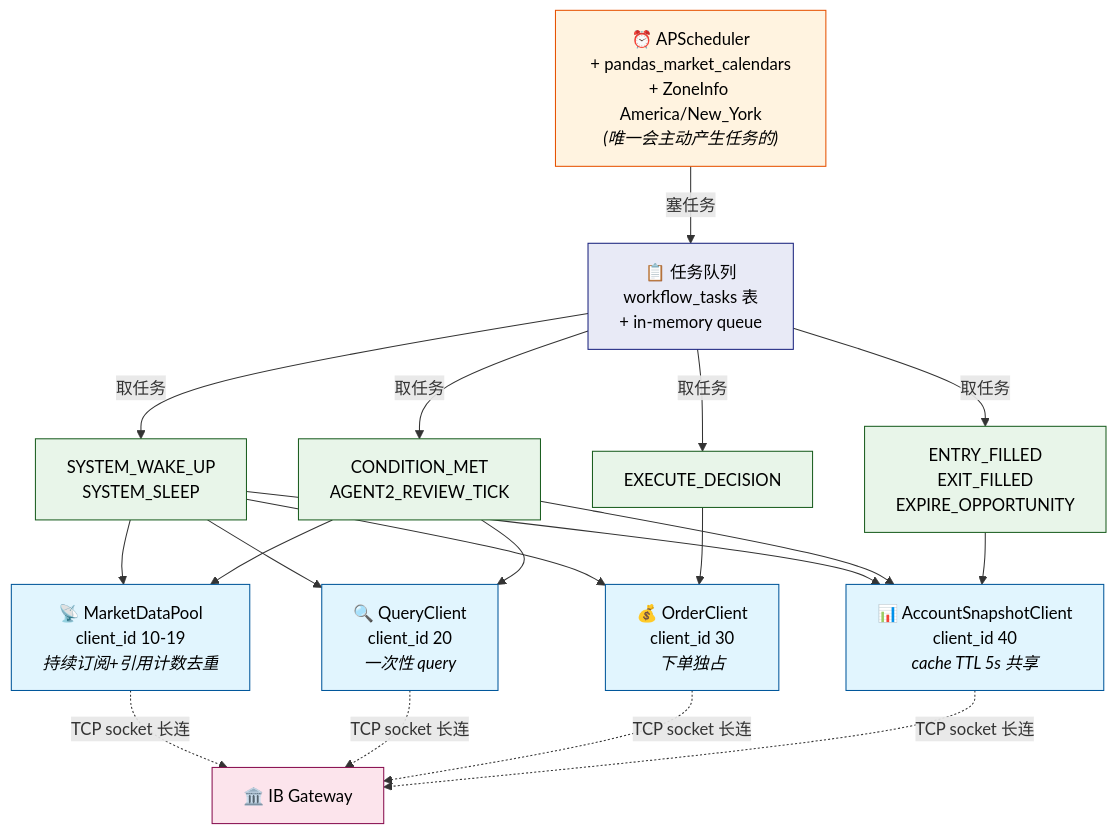
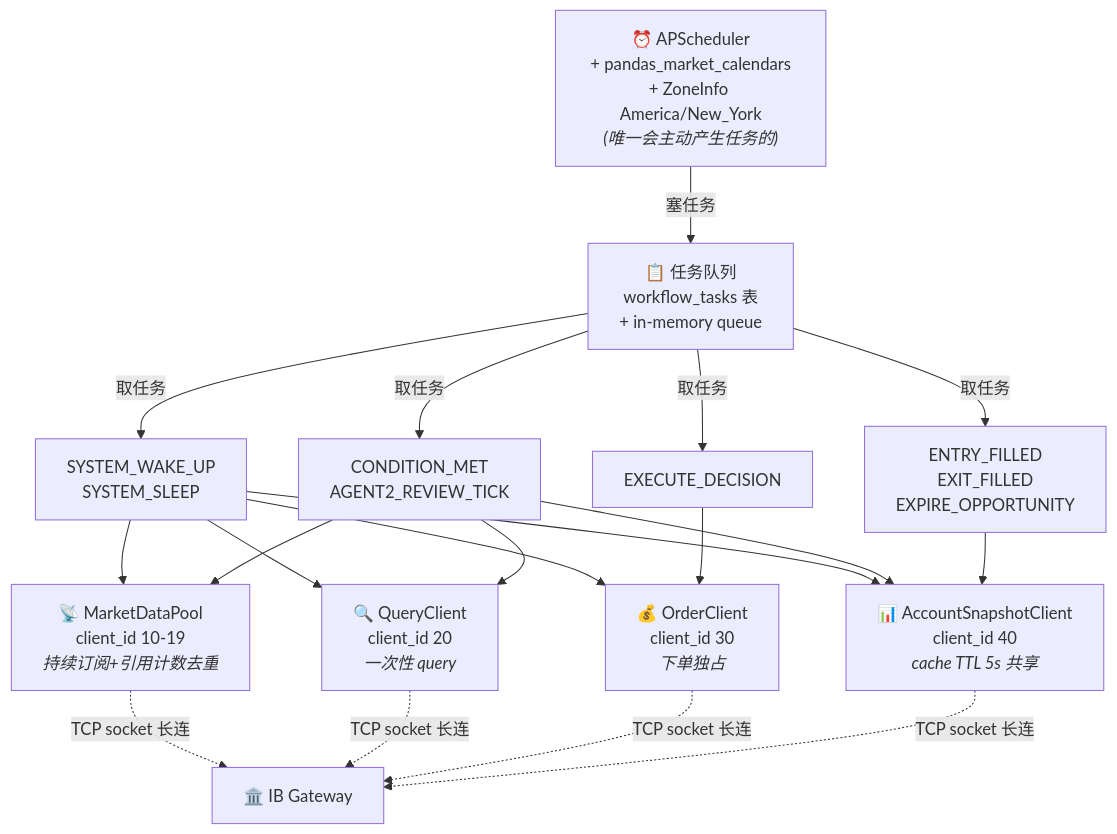
One commit to ChunmiaoYu/Projects-Wiki changed the first of 4 diagrams in docs/options-trader/specs/north-star-v1-target.md. Above: the diagram before and after it, drawn with Mermaid. The commit also changed other lines of this file, not shown here.

First line of the commit message:
fix(wiki): 北极星 §1 mermaid 修 — §2 字体可见 + §3 timeline syntax error

````diff
--- a/docs/options-trader/specs/north-star-v1-target.md
+++ b/docs/options-trader/specs/north-star-v1-target.md
@@ -41,48 +41,36 @@
 ```mermaid
 graph TB
     AP["⏰ APScheduler<br/>+ pandas_market_calendars<br/>+ ZoneInfo America/New_York<br/><i>(唯一会主动产生任务的)</i>"]
     Q["📋 任务队列<br/>workflow_tasks 表<br/>+ in-memory queue"]
 
     H1["SYSTEM_WAKE_UP<br/>SYSTEM_SLEEP"]
     H2["CONDITION_MET<br/>AGENT2_REVIEW_TICK"]
     H3["EXECUTE_DECISION"]
     H4["ENTRY_FILLED<br/>EXIT_FILLED<br/>EXPIRE_OPPORTUNITY"]
 
     MD["📡 MarketDataPool<br/>client_id 10-19<br/><i>持续订阅+引用计数去重</i>"]
     QC["🔍 QueryClient<br/>client_id 20<br/><i>一次性 query</i>"]
     OC["💰 OrderClient<br/>client_id 30<br/><i>下单独占</i>"]
     AS["📊 AccountSnapshotClient<br/>client_id 40<br/><i>cache TTL 5s 共享</i>"]
 
     IBGW["🏛️ IB Gateway"]
 
     AP -->|塞任务| Q
     Q -->|取任务| H1
     Q -->|取任务| H2
     Q -->|取任务| H3
     Q -->|取任务| H4
     H1 --> MD
     H1 --> QC
     H1 --> OC
     H1 --> AS
     H2 --> MD
     H2 --> QC
     H2 --> AS
     H3 --> OC
     H4 --> AS
     MD -.->|TCP socket 长连| IBGW
     QC -.->|TCP socket 长连| IBGW
     OC -.->|TCP socket 长连| IBGW
     AS -.->|TCP socket 长连| IBGW
-
-    classDef sched fill:#fff3e0,stroke:#e65100,color:#000
-    classDef queue fill:#e8eaf6,stroke:#1a237e,color:#000
-    classDef handler fill:#e8f5e9,stroke:#1b5e20,color:#000
-    classDef pool fill:#e1f5fe,stroke:#01579b,color:#000
-    classDef ext fill:#fce4ec,stroke:#880e4f,color:#000
-
-    class AP sched
-    class Q queue
-    class H1,H2,H3,H4 handler
-    class MD,QC,OC,AS pool
-    class IBGW ext
 ```
````
